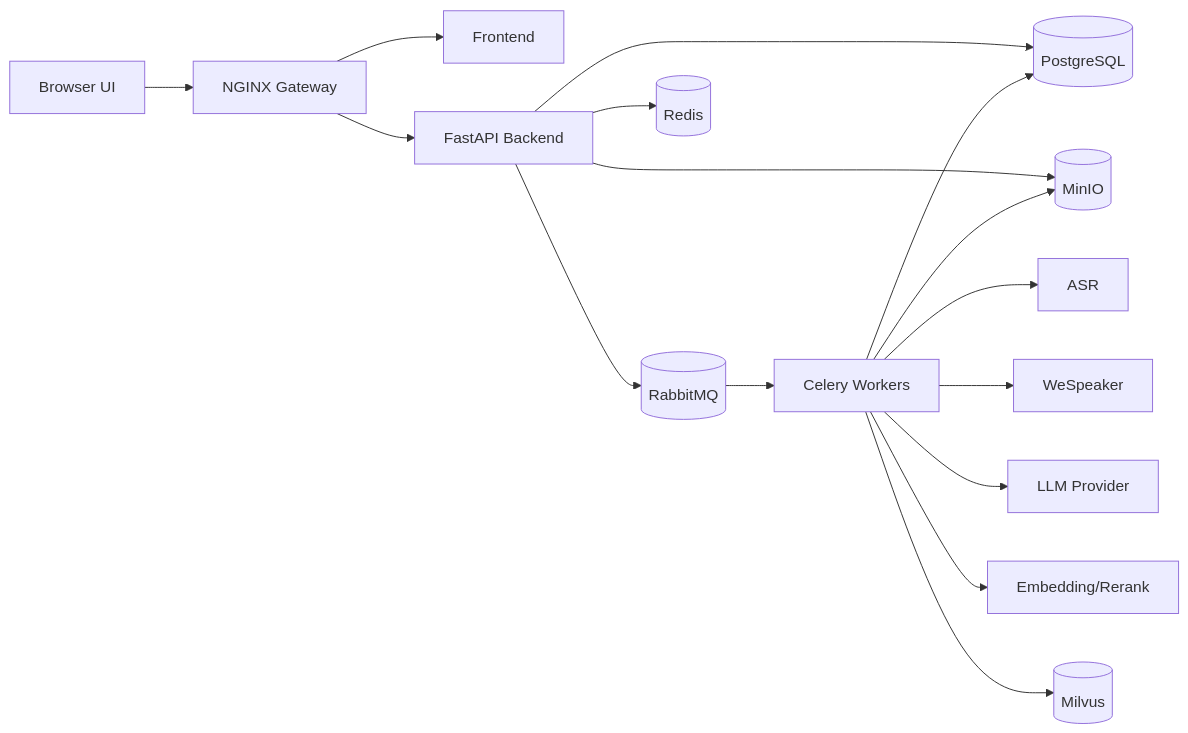
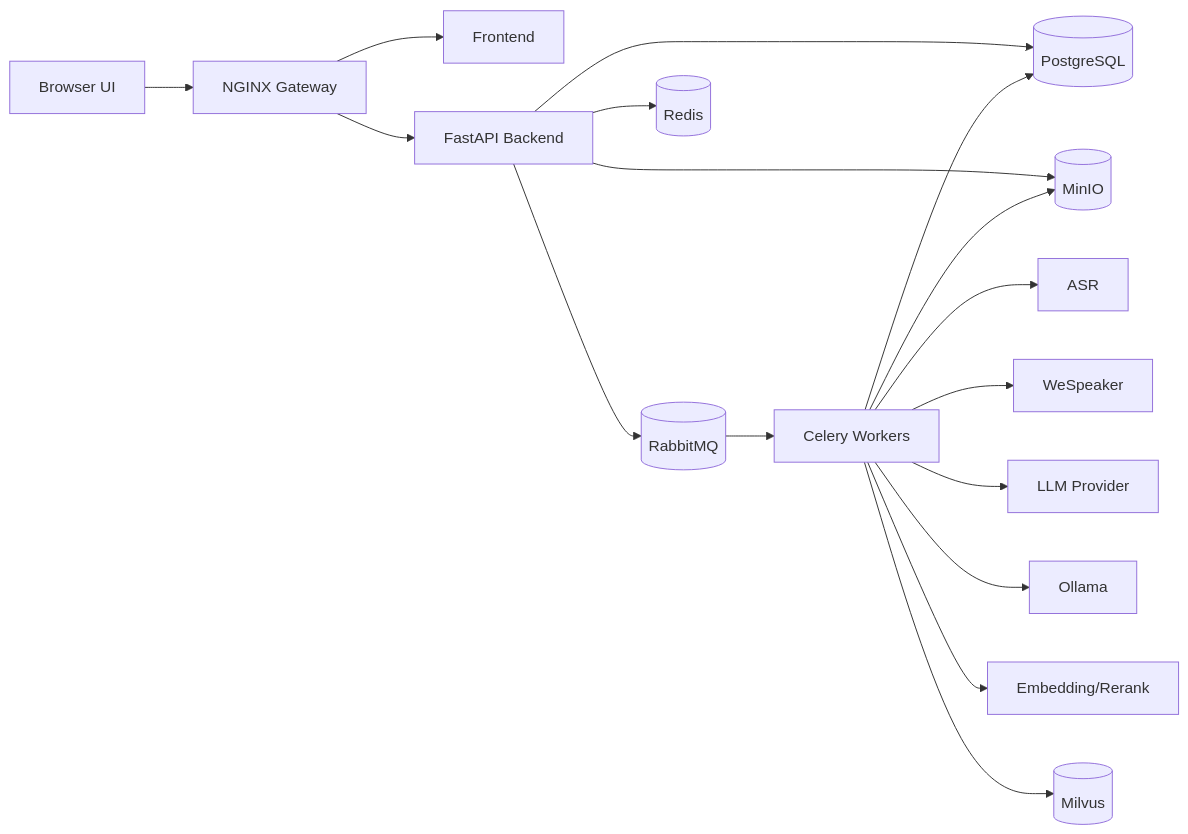
The diagram in README.md (PhuongHo03/omnicall), drawn with Mermaid before and after one commit. The commit also changed other lines of this file and 110 other files, not shown here.

````diff
--- a/README.md
+++ b/README.md
@@ -36,18 +37,19 @@
 ```mermaid
 flowchart LR
     Browser[Browser UI] --> Gateway[NGINX Gateway]
     Gateway --> Frontend[Frontend]
     Gateway --> Backend[FastAPI Backend]
     Backend --> Postgres[(PostgreSQL)]
     Backend --> MinIO[(MinIO)]
     Backend --> RabbitMQ[(RabbitMQ)]
     Backend --> Redis[(Redis)]
     RabbitMQ --> Worker[Celery Workers]
     Worker --> ASR[ASR]
     Worker --> Speaker[WeSpeaker]
     Worker --> LLM[LLM Provider]
+    Worker --> Ollama[Ollama]
     Worker --> Embed[Embedding/Rerank]
     Worker --> Milvus[(Milvus)]
     Worker --> Postgres
     Worker --> MinIO
 ```
````
